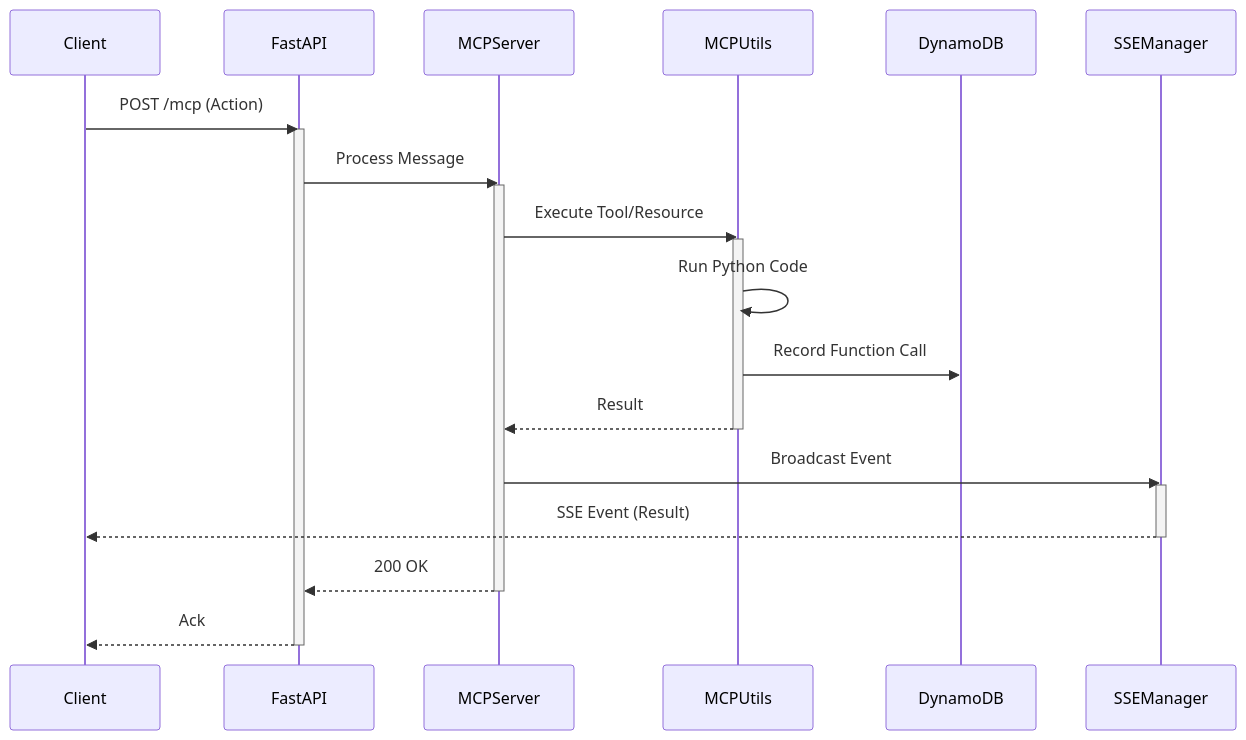
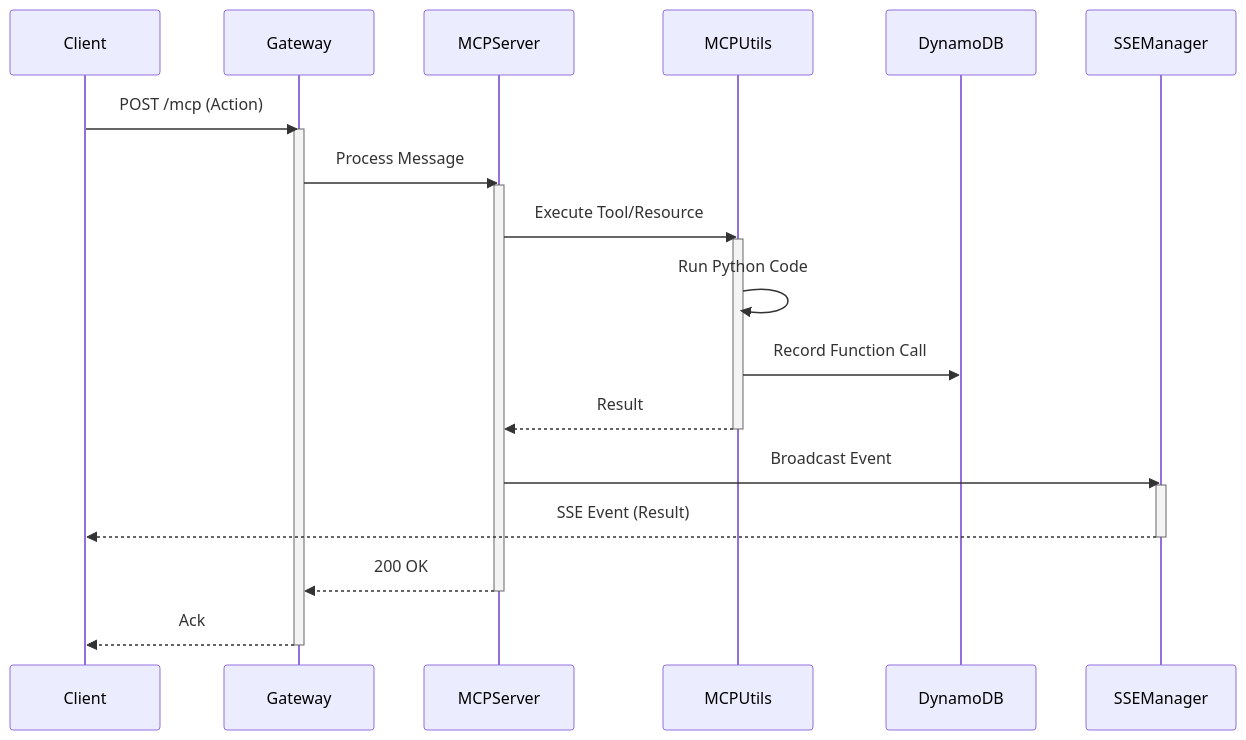
One commit to ideabosque/mcp_daemon_engine changed the second of 3 diagrams in docs/DEVELOPMENT_PLAN.md. Above: the diagram before and after it, drawn with Mermaid. The commit also changed other lines of this file and 21 other files, not shown here.

````diff
--- a/docs/DEVELOPMENT_PLAN.md
+++ b/docs/DEVELOPMENT_PLAN.md
@@ -189,31 +189,31 @@
 ```mermaid
 sequenceDiagram
     participant Client
-    participant FastAPI
+    participant Gateway
     participant MCPServer
     participant MCPUtils
     participant DynamoDB
     participant SSEManager
 
-    Client->>FastAPI: POST /mcp (Action)
-    activate FastAPI
-    FastAPI->>MCPServer: Process Message
+    Client->>Gateway: POST /mcp (Action)
+    activate Gateway
+    Gateway->>MCPServer: Process Message
     activate MCPServer
     
     MCPServer->>MCPUtils: Execute Tool/Resource
     activate MCPUtils
     MCPUtils->>MCPUtils: Run Python Code
     MCPUtils->>DynamoDB: Record Function Call
     MCPUtils-->>MCPServer: Result
     deactivate MCPUtils
 
     MCPServer->>SSEManager: Broadcast Event
     activate SSEManager
     SSEManager-->>Client: SSE Event (Result)
     deactivate SSEManager
 
-    MCPServer-->>FastAPI: 200 OK
+    MCPServer-->>Gateway: 200 OK
     deactivate MCPServer
-    FastAPI-->>Client: Ack
-    deactivate FastAPI
+    Gateway-->>Client: Ack
+    deactivate Gateway
 ```
````
